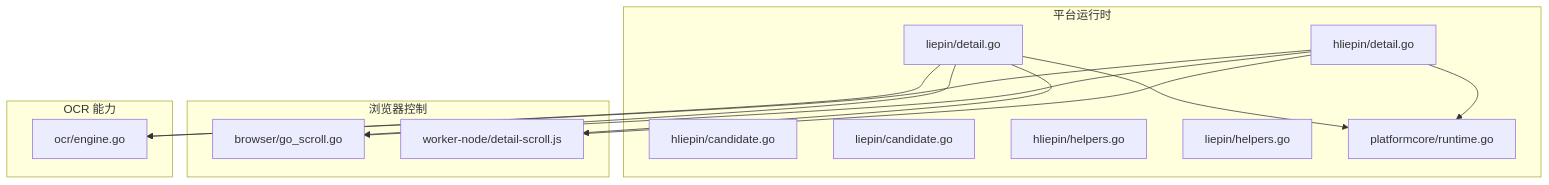
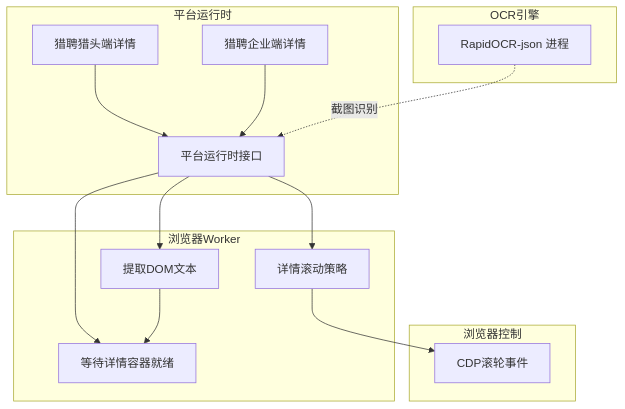
One commit to alvinwangzi/goodhr changed the first of 9 diagrams in .qoder/repowiki/zh/content/本地执行器/平台适配器/猎聘适配器/详情页面处理.md. Above: the diagram before and after it, drawn with Mermaid. The commit also changed other lines of this file and 149 other files, not shown here.

````diff
--- a/.qoder/repowiki/zh/content/本地执行器/平台适配器/猎聘适配器/详情页面处理.md
+++ b/.qoder/repowiki/zh/content/本地执行器/平台适配器/猎聘适配器/详情页面处理.md
@@ -46,27 +47,27 @@
 ```mermaid
 graph TB
 subgraph "平台运行时"
-HR["hliepin/detail.go"]
-LR["liepin/detail.go"]
-HC["hliepin/candidate.go"]
-LC["liepin/candidate.go"]
-HH["hliepin/helpers.go"]
-LH["liepin/helpers.go"]
-PR["platformcore/runtime.go"]
+HDetail["猎聘猎头端详情"]
+LDetail["猎聘企业端详情"]
+Core["平台运行时接口"]
+end
+subgraph "浏览器Worker"
+Ready["等待详情容器就绪"]
+Scroll["详情滚动策略"]
+Extract["提取DOM文本"]
+end
+subgraph "OCR引擎"
+Engine["RapidOCR-json 进程"]
 end
 subgraph "浏览器控制"
-BS["browser/go_scroll.go"]
-WS["worker-node/detail-scroll.js"]
+GoScroll["CDP滚轮事件"]
 end
-subgraph "OCR 能力"
-OCRE["ocr/engine.go"]
-end
-HR --> PR
-LR --> PR
-HR --> BS
-LR --> BS
-HR --> WS
-LR --> WS
-HR --> OCRE
-LR --> OCRE
+HDetail --> Core
+LDetail --> Core
+Core --> Ready
+Core --> Scroll
+Core --> Extract
+Scroll --> GoScroll
+Extract --> Ready
+Engine -.->|截图识别| Core
 ```
````
